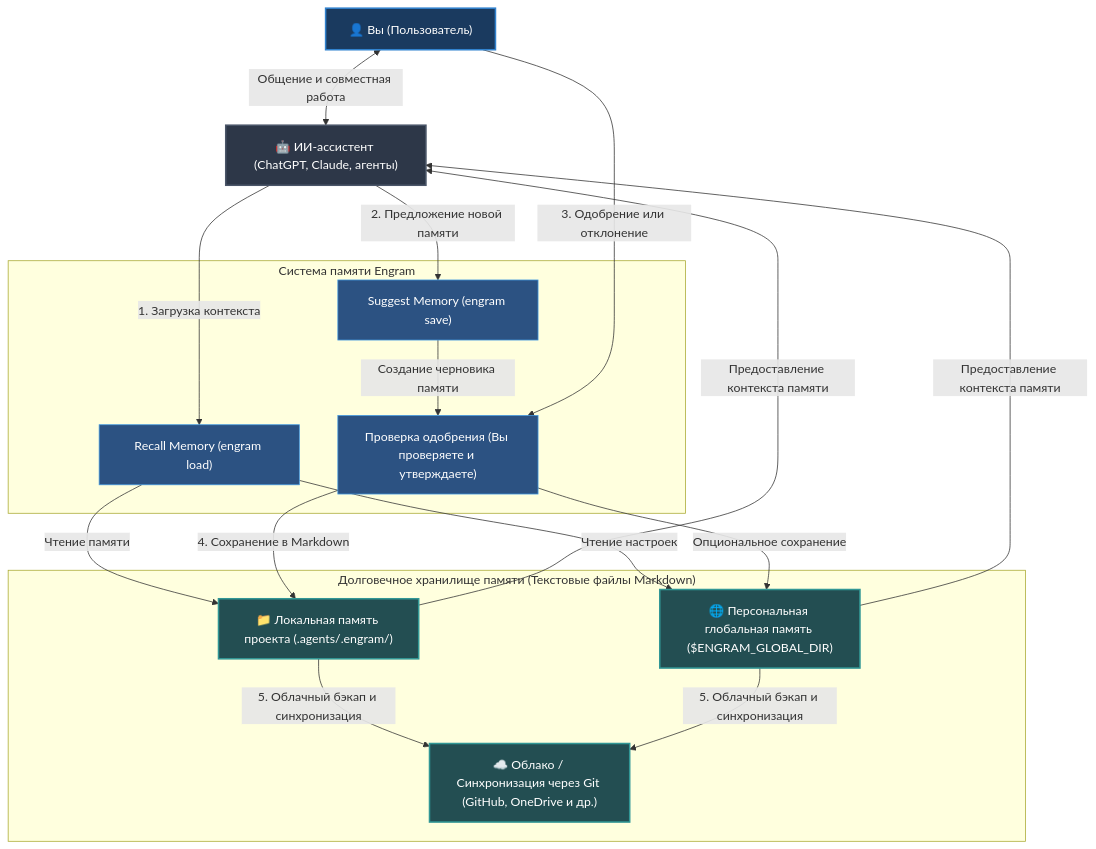
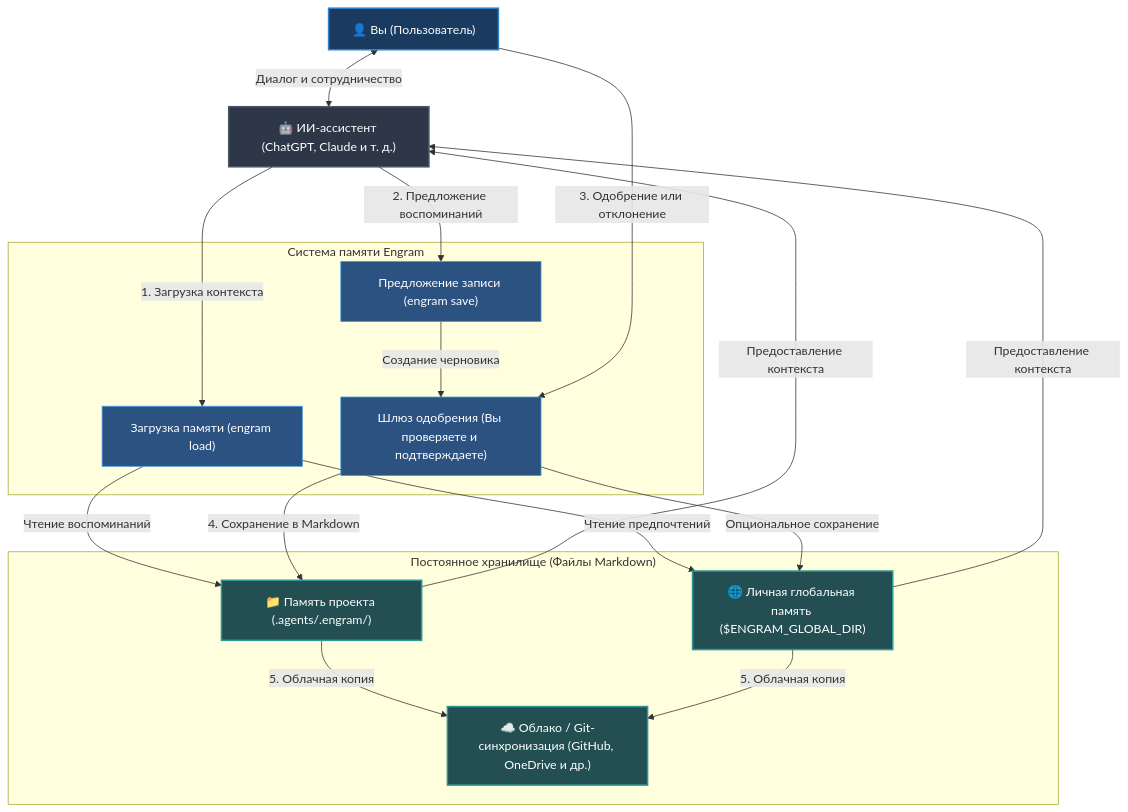
The diagram in documentation/ru/README.md (the-long-ride/engram), drawn with Mermaid before and after one commit. The commit also changed other lines of this file and 15 other files, not shown here.

Commit message:
docs: restructure and simplify README files, update Hermes Agent comparison, and refresh roadmap

````diff
--- a/documentation/ru/README.md
+++ b/documentation/ru/README.md
@@ -35,39 +25,39 @@
 ```mermaid
 graph TD
     %% Styling
     classDef default fill:#111,stroke:#333,stroke-width:1px,color:#fff;
     classDef human fill:#1a3a5f,stroke:#3182ce,stroke-width:2px,color:#fff;
     classDef agent fill:#2d3748,stroke:#4a5568,stroke-width:2px,color:#fff;
     classDef storage fill:#234e52,stroke:#319795,stroke-width:2px,color:#fff;
     classDef action fill:#2c5282,stroke:#4299e1,stroke-width:1px,color:#fff;
 
     User["👤 Вы (Пользователь)"]:::human
-    AI["🤖 ИИ-ассистент (ChatGPT, Claude, агенты)"]:::agent
+    AI["🤖 ИИ-ассистент (ChatGPT, Claude и т. д.)"]:::agent
 
     subgraph Engram ["Система памяти Engram"]
-        Load["Recall Memory (engram load)"]:::action
-        Propose["Suggest Memory (engram save)"]:::action
-        Review["Проверка одобрения (Вы проверяете и утверждаете)"]:::action
+        Load["Загрузка памяти (engram load)"]:::action
+        Propose["Предложение записи (engram save)"]:::action
+        Review["Шлюз одобрения (Вы проверяете и подтверждаете)"]:::action
     end
 
-    subgraph Storage ["Долговечное хранилище памяти (Текстовые файлы Markdown)"]
-        LocalStore["📁 Локальная память проекта (.agents/.engram/)"]:::storage
-        GlobalStore["🌐 Персональная глобальная память ($ENGRAM_GLOBAL_DIR)"]:::storage
-        SyncStore["☁️ Облако / Синхронизация через Git (GitHub, OneDrive и др.)"]:::storage
+    subgraph Storage ["Постоянное хранилище (Файлы Markdown)"]
+        LocalStore["📁 Память проекта (.agents/.engram/)"]:::storage
+        GlobalStore["🌐 Личная глобальная память ($ENGRAM_GLOBAL_DIR)"]:::storage
+        SyncStore["☁️ Облако / Git-синхронизация (GitHub, OneDrive и др.)"]:::storage
     end
 
     %% Interactions
-    User <-->|Общение и совместная работа| AI
+    User <-->|Диалог и сотрудничество| AI
     AI -->|1. Загрузка контекста| Load
-    Load -->|Чтение памяти| LocalStore
-    Load -->|Чтение настроек| GlobalStore
-    LocalStore & GlobalStore -->|Предоставление контекста памяти| AI
+    Load -->|Чтение воспоминаний| LocalStore
+    Load -->|Чтение предпочтений| GlobalStore
+    LocalStore & GlobalStore -->|Предоставление контекста| AI
 
-    AI -->|2. Предложение новой памяти| Propose
-    Propose -->|Создание черновика памяти| Review
+    AI -->|2. Предложение воспоминаний| Propose
+    Propose -->|Создание черновика| Review
     User -->|3. Одобрение или отклонение| Review
     Review -->|4. Сохранение в Markdown| LocalStore
     Review -->|Опциональное сохранение| GlobalStore
-    LocalStore -->|5. Облачный бэкап и синхронизация| SyncStore
-    GlobalStore -->|5. Облачный бэкап и синхронизация| SyncStore
+    LocalStore -->|5. Облачная копия| SyncStore
+    GlobalStore -->|5. Облачная копия| SyncStore
 ```
````
